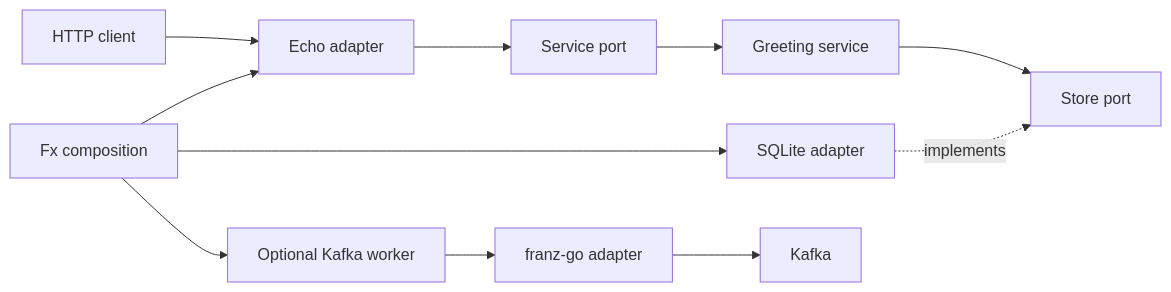
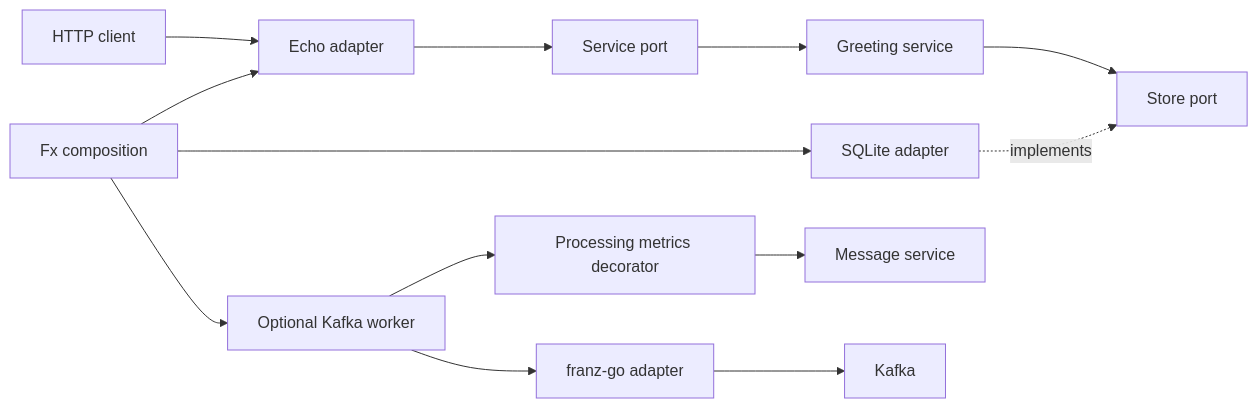
The diagram in docs/architecture.md (Mrsmithz/go-hexagonal-architecture-example), drawn with Mermaid before and after one commit. The commit also changed other lines of this file and 6 other files, not shown here.

````diff
--- a/docs/architecture.md
+++ b/docs/architecture.md
@@ -5,13 +5,15 @@
 ```mermaid
 flowchart LR
     Client[HTTP client] --> Echo[Echo adapter]
     Echo --> Input[Service port]
     Input --> Core[Greeting service]
     Core --> Output[Store port]
     SQLite[SQLite adapter] -. implements .-> Output
     App[Fx composition] --> SQLite
     App --> Echo
     App --> Worker[Optional Kafka worker]
     Worker --> Franz[franz-go adapter]
+    Worker --> Metrics[Processing metrics decorator]
+    Metrics --> Message[Message service]
     Franz --> Broker[Kafka]
 ```
````
